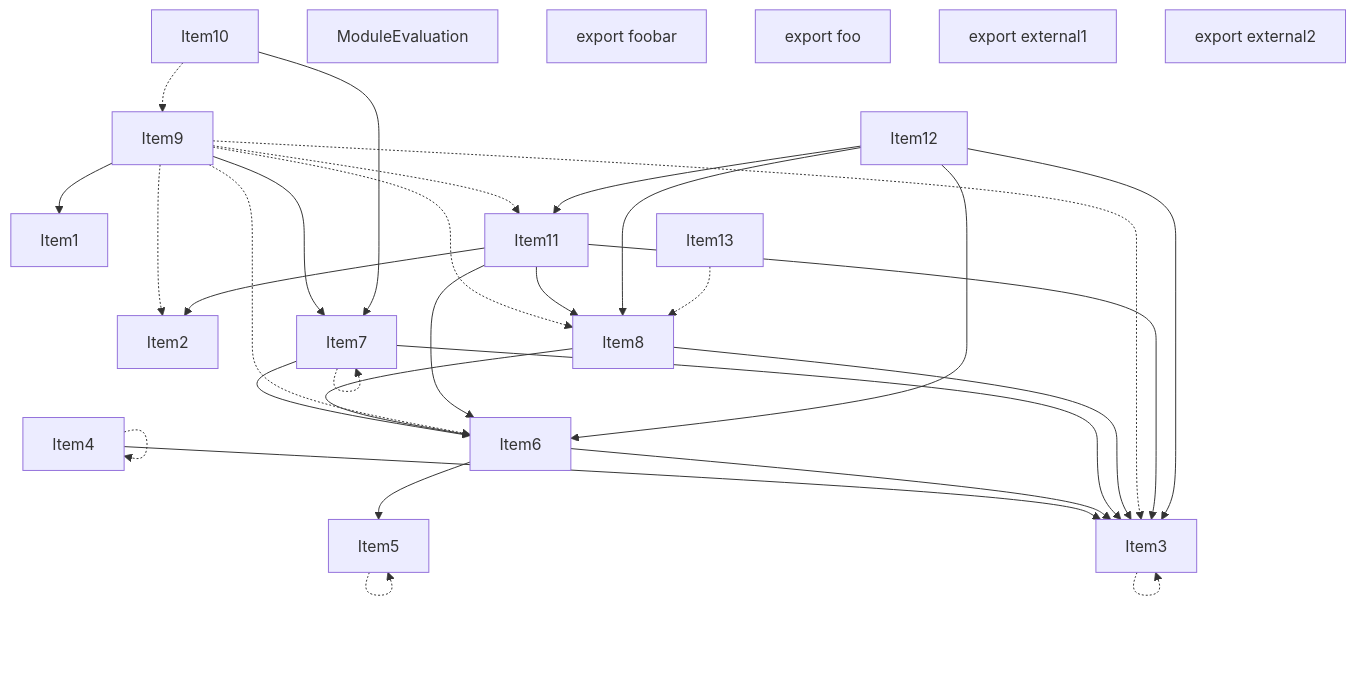
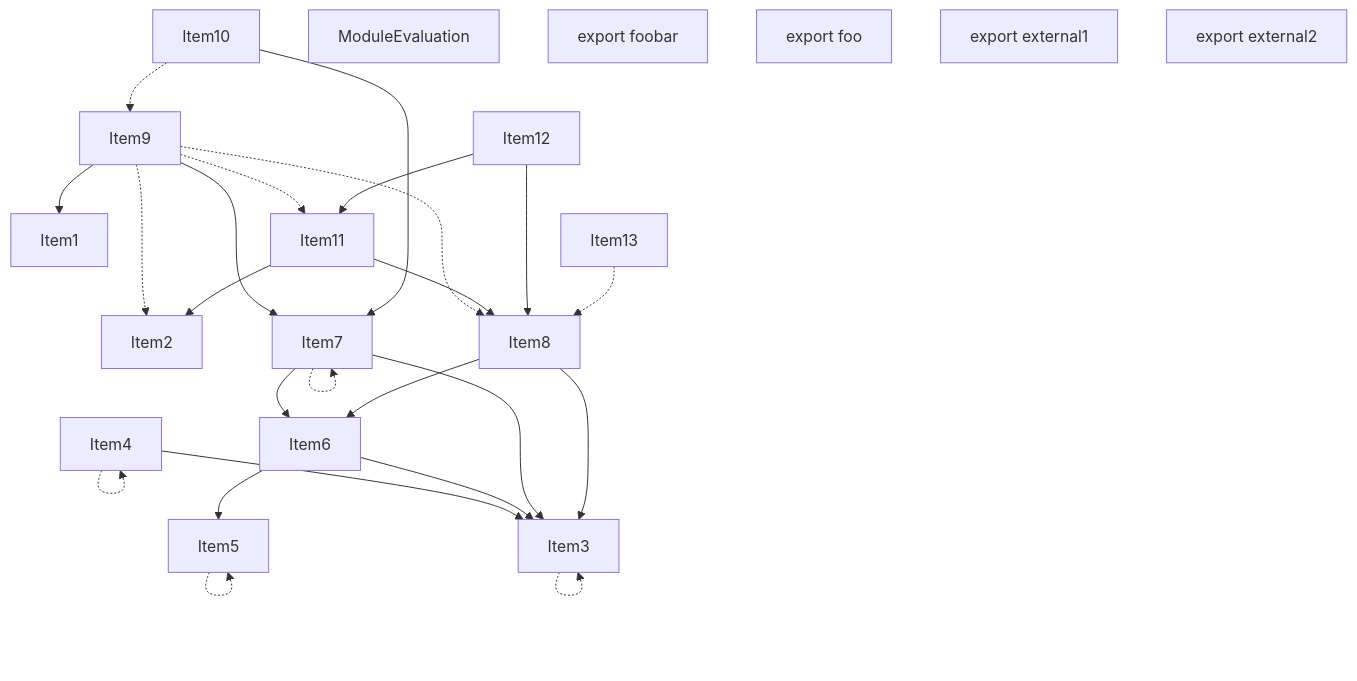
The third of 5 diagrams in crates/turbopack-ecmascript/tests/tree-shaker/analyzer/1/output.md (vercel/turborepo), drawn with Mermaid before and after one commit. The commit also changed other lines of this file and 20 other files, not shown here.

````diff
--- a/crates/turbopack-ecmascript/tests/tree-shaker/analyzer/1/output.md
+++ b/crates/turbopack-ecmascript/tests/tree-shaker/analyzer/1/output.md
@@ -224,55 +222,49 @@
 ```mermaid
 graph TD
     Item1;
     Item2;
     Item3;
     Item4;
     Item5;
     Item6;
     Item7;
     Item8;
     Item9;
     Item10;
     Item11;
     Item12;
     Item13;
     Item14;
     Item14["ModuleEvaluation"];
     Item15;
     Item15["export foobar"];
     Item16;
     Item16["export foo"];
     Item17;
     Item17["export external1"];
     Item18;
     Item18["export external2"];
     Item3 -.-> Item3;
     Item4 --> Item3;
     Item4 -.-> Item4;
     Item5 -.-> Item5;
     Item6 --> Item5;
     Item6 --> Item3;
+    Item7 --> Item6;
     Item7 --> Item3;
-    Item7 --> Item6;
     Item7 -.-> Item7;
+    Item8 --> Item6;
     Item8 --> Item3;
-    Item8 --> Item6;
     Item9 --> Item7;
     Item9 --> Item1;
     Item9 -.-> Item2;
-    Item9 -.-> Item3;
-    Item9 -.-> Item6;
     Item9 -.-> Item8;
     Item9 -.-> Item11;
     Item10 --> Item7;
     Item10 -.-> Item9;
     Item11 --> Item2;
-    Item11 --> Item3;
-    Item11 --> Item6;
     Item11 --> Item8;
     Item12 --> Item11;
-    Item12 --> Item3;
-    Item12 --> Item6;
     Item12 --> Item8;
     Item13 -.-> Item8;
 ```
````
